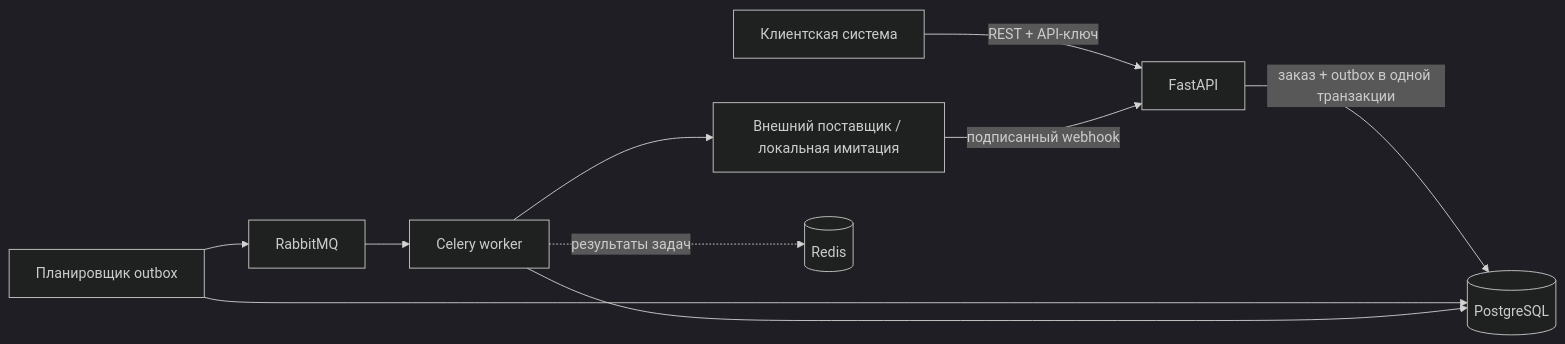
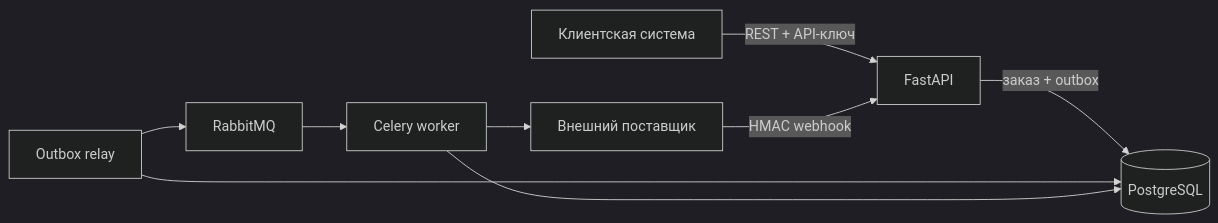
Before and after one commit to maunti689/order_integration_service: the diagram in README.md, drawn with Mermaid (dark theme). The commit also changed other lines of this file and 7 other files, not shown here.

````diff
--- a/README.md
+++ b/README.md
@@ -35,12 +21,11 @@
 ```mermaid
 flowchart LR
     Client["Клиентская система"] -->|"REST + API-ключ"| API["FastAPI"]
-    API -->|"заказ + outbox в одной транзакции"| DB[(PostgreSQL)]
-    Beat["Планировщик outbox"] --> DB
+    API -->|"заказ + outbox"| DB[(PostgreSQL)]
+    Beat["Outbox relay"] --> DB
     Beat --> MQ["RabbitMQ"]
     MQ --> Worker["Celery worker"]
-    Worker --> Provider["Внешний поставщик / локальная имитация"]
+    Worker --> Provider["Внешний поставщик"]
     Worker --> DB
-    Provider -->|"подписанный webhook"| API
-    Worker -. "результаты задач" .-> Redis[(Redis)]
+    Provider -->|"HMAC webhook"| API
 ```
````
